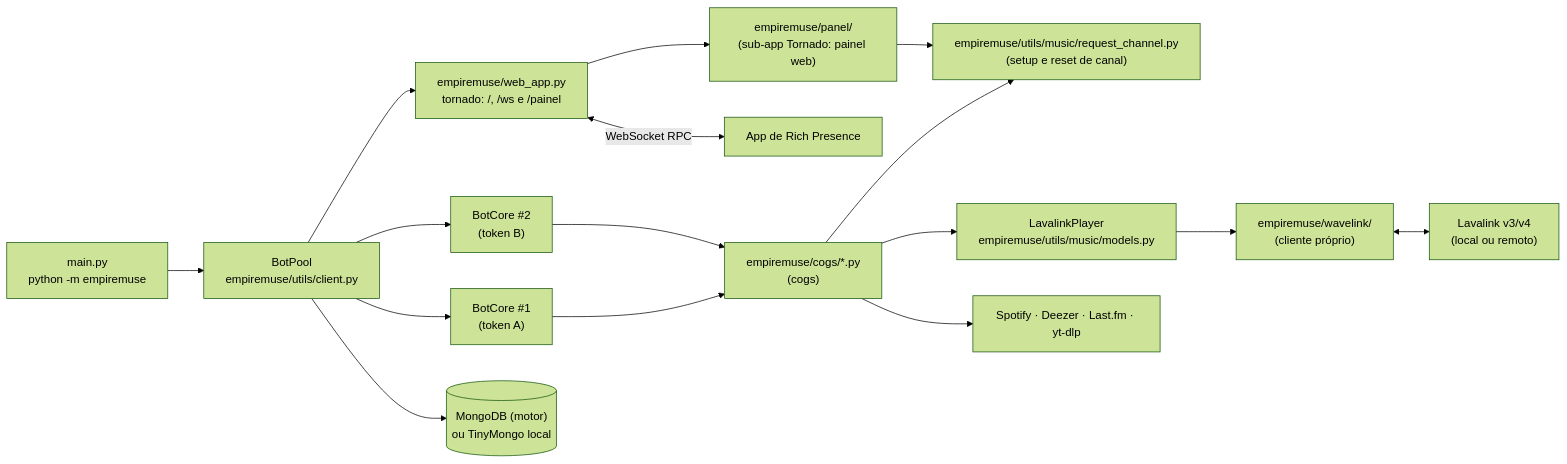
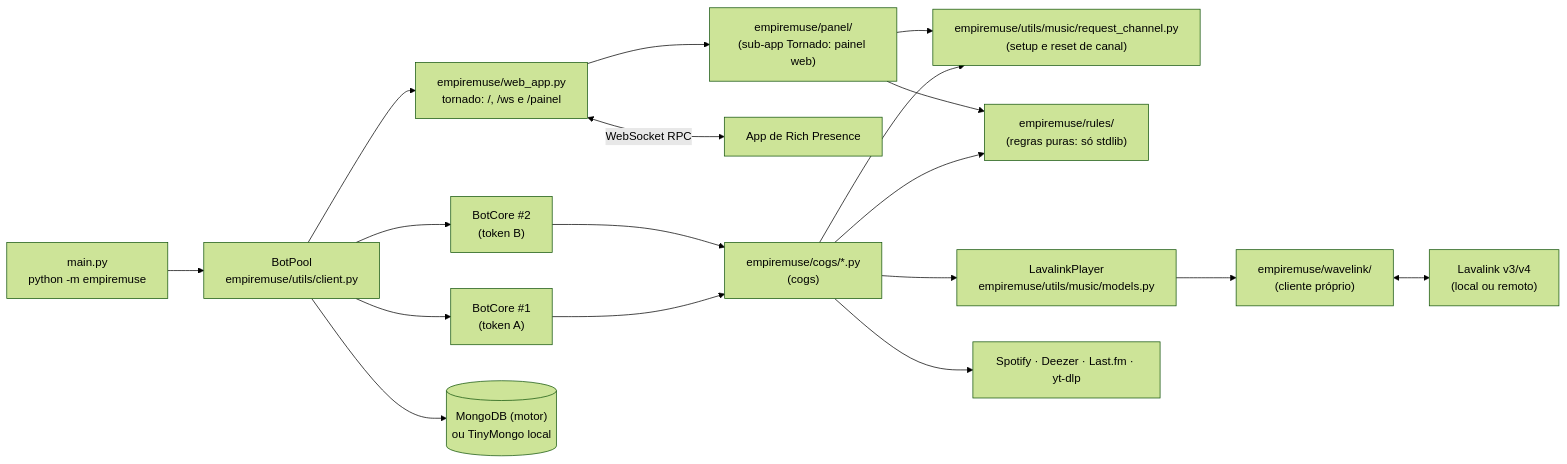
Before and after one commit to DEVenur/EmpireMuse: the diagram in docs/architecture.md, drawn with Mermaid (forest theme). The commit also changed other lines of this file and 3 other files, not shown here.

````diff
--- a/docs/architecture.md
+++ b/docs/architecture.md
@@ -13,17 +13,19 @@
 ```mermaid
 flowchart LR
     entry["main.py<br/>python -m empiremuse"] --> pool["BotPool<br/>empiremuse/utils/client.py"]
     pool --> b1["BotCore #1<br/>(token A)"]
     pool --> b2["BotCore #2<br/>(token B)"]
     pool --> web["empiremuse/web_app.py<br/>tornado: /, /ws e /painel"]
     pool --> db[("MongoDB (motor)<br/>ou TinyMongo local")]
     b1 & b2 --> cogs["empiremuse/cogs/*.py<br/>(cogs)"]
     cogs --> req["empiremuse/utils/music/request_channel.py<br/>(setup e reset de canal)"]
+    cogs --> rules["empiremuse/rules/<br/>(regras puras: só stdlib)"]
     cogs --> player["LavalinkPlayer<br/>empiremuse/utils/music/models.py"]
     player --> wl["empiremuse/wavelink/<br/>(cliente próprio)"]
     wl <--> ll["Lavalink v3/v4<br/>(local ou remoto)"]
     cogs --> ext["Spotify · Deezer · Last.fm · yt-dlp"]
     web <-->|"WebSocket RPC"| rpc["App de Rich Presence"]
     web --> panel["empiremuse/panel/<br/>(sub-app Tornado: painel web)"]
     panel --> req
+    panel --> rules
 ```
````
